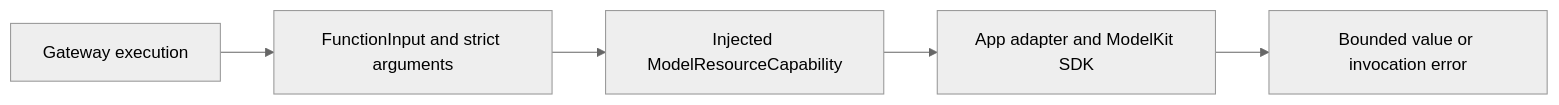
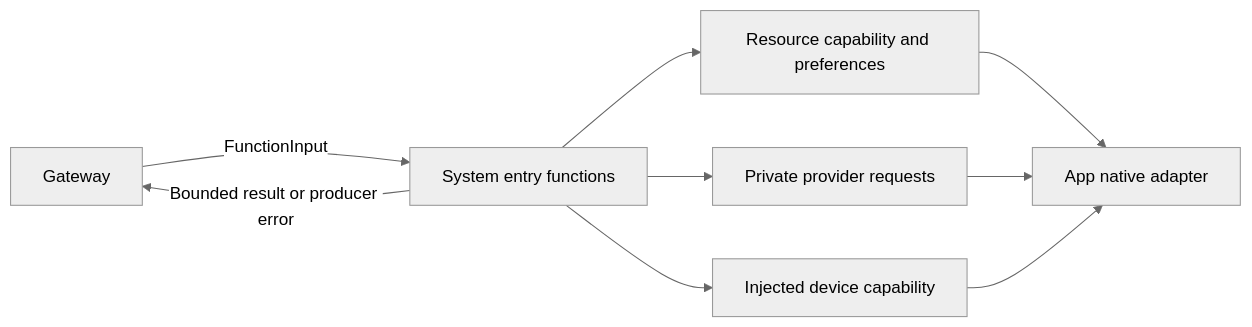
One commit to devilyouwei/MobileHarness changed the diagram in MobileHarness/Actions/System/README.md. Above: the diagram before and after it, drawn with Mermaid (neutral theme). The commit also changed other lines of this file and 116 other files, not shown here.

````diff
--- a/MobileHarness/Actions/System/README.md
+++ b/MobileHarness/Actions/System/README.md
@@ -26,7 +15,11 @@
 ```mermaid
 flowchart LR
-    Caller[Gateway execution] --> Validate[FunctionInput and strict arguments]
-    Validate --> Capability[Injected ModelResourceCapability]
-    Capability --> Native[App adapter and ModelKit SDK]
-    Native --> Completion[Bounded value or invocation error]
+ Gateway -->|FunctionInput| System[System entry functions]
+ System --> Resources[Resource capability and preferences]
+ System --> Provider[Private provider requests]
+ System --> Device[Injected device capability]
+ Resources --> Native[App native adapter]
+ Provider --> Native
+ Device --> Native
+ System -->|Bounded result or producer error| Gateway
 ```
````
